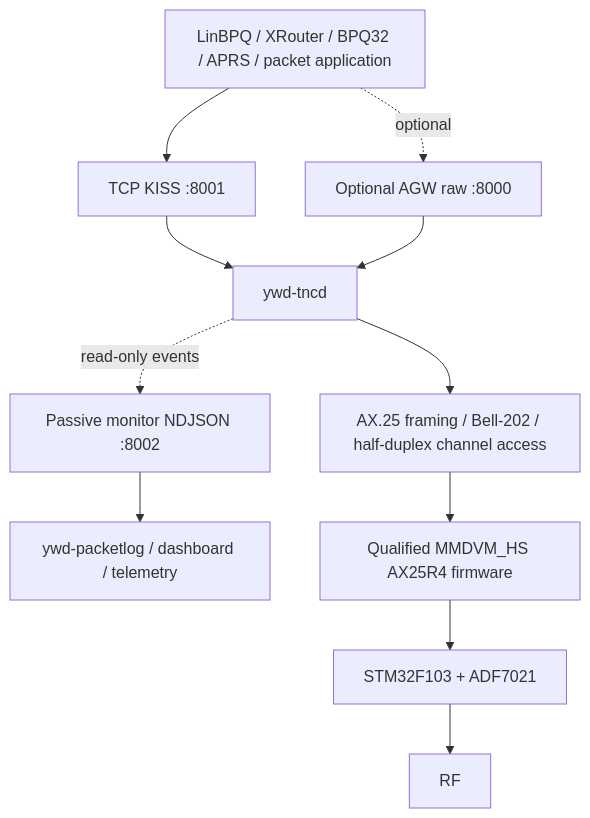
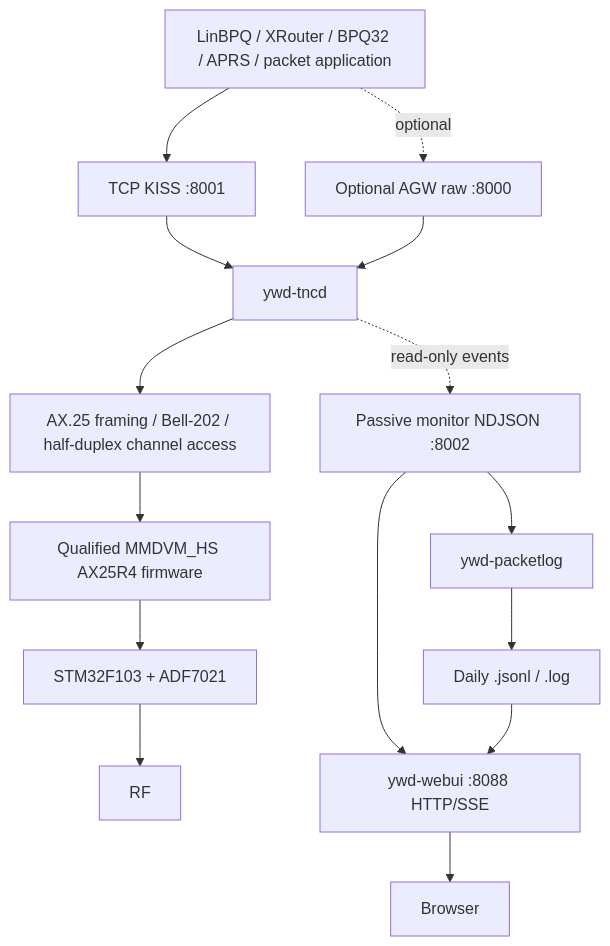
The diagram in README.md (merberg-ai/ywd-mmdvm-tnc), drawn with Mermaid before and after one commit. The commit also changed other lines of this file, not shown here.

Commit message:
Docs: promote qualified WebUI into product README

````diff
--- a/README.md
+++ b/README.md
@@ -80,24 +83,33 @@
 ```mermaid
 flowchart TD
     APP[LinBPQ / XRouter / BPQ32 / APRS / packet application]
     KISS[TCP KISS :8001]
     AGW[Optional AGW raw :8000]
     TNCD[ywd-tncd]
-    MON[Passive monitor NDJSON :8002]
-    LOGGER[ywd-packetlog / dashboard / telemetry]
     ACCESS[AX.25 framing / Bell-202 / half-duplex channel access]
     FW[Qualified MMDVM_HS AX25R4 firmware]
     HW[STM32F103 + ADF7021]
     RF[RF]
+
+    MON[Passive monitor NDJSON :8002]
+    LOGGER[ywd-packetlog]
+    LOGS[Daily .jsonl / .log]
+    WEB[ywd-webui :8088 HTTP/SSE]
+    BROWSER[Browser]
 
     APP --> KISS
     APP -. optional .-> AGW
     KISS --> TNCD
     AGW --> TNCD
     TNCD --> ACCESS
     ACCESS --> FW
     FW --> HW
     HW --> RF
+
     TNCD -. read-only events .-> MON
     MON --> LOGGER
+    LOGGER --> LOGS
+    MON --> WEB
+    LOGS --> WEB
+    WEB --> BROWSER
 ```
````
